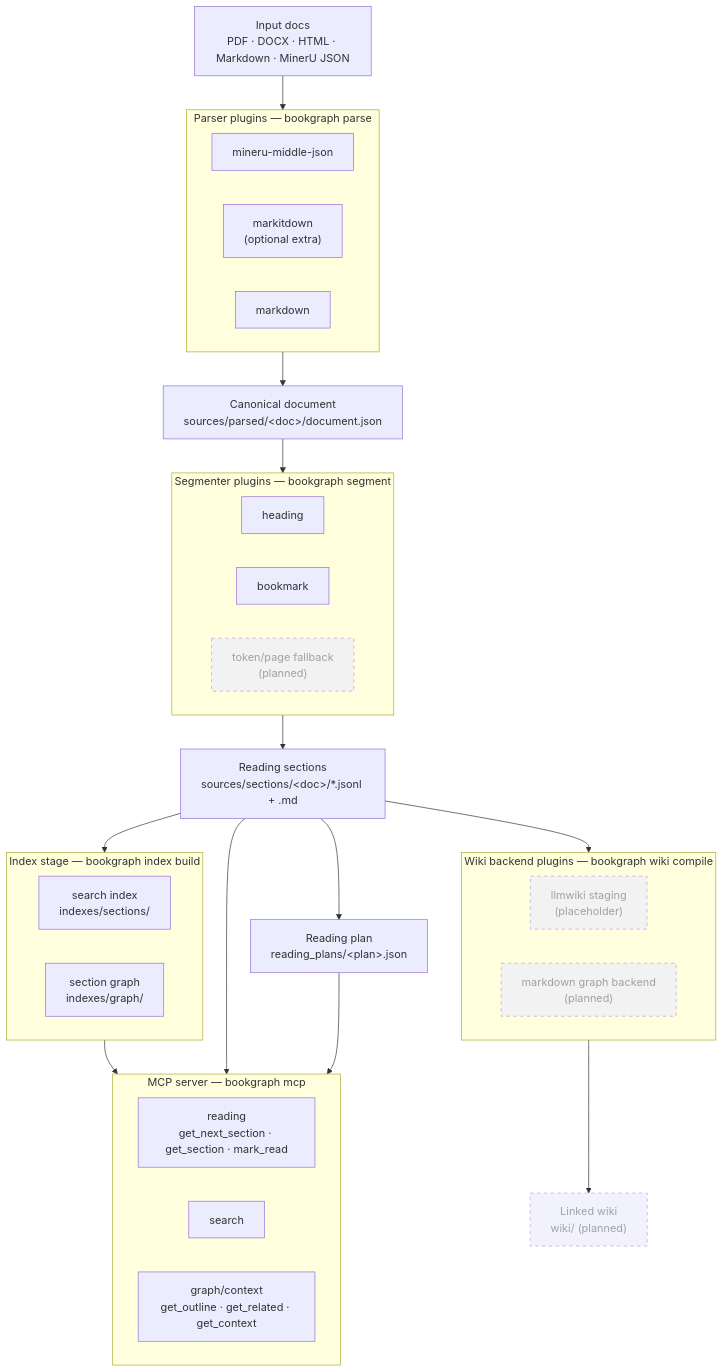
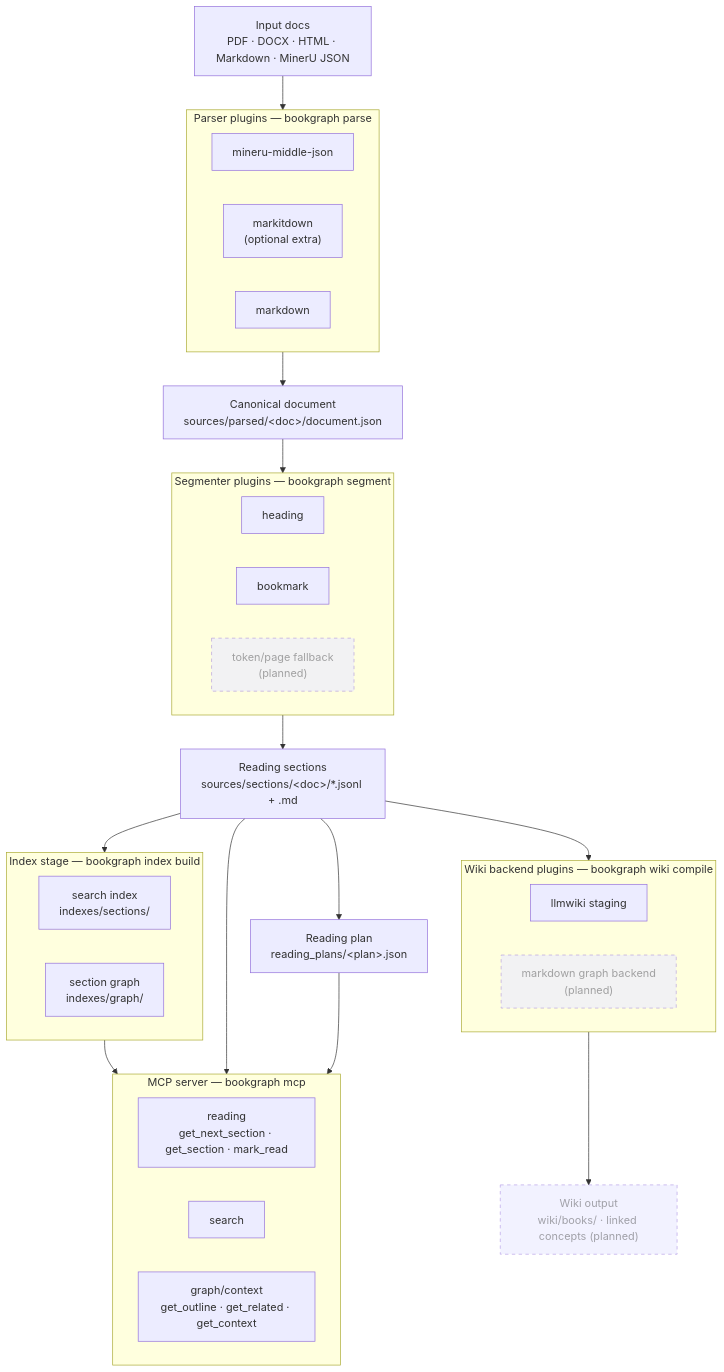
The diagram in README.md (chimeyrock999/bookgraph), drawn with Mermaid before and after one commit.

Commit message:
docs: mark llmwiki wiki compile as implemented in diagram (#14)
The architecture mermaid still dimmed the llmwiki backend as a
placeholder, but `bookgraph wiki compile` runs it for real (writes
wiki/books/<doc>/sections + index). Un-dim W1 and clarify the wiki
output node: books/ is written today; linked concepts/comparisons
remain planned. S3 (token/page fallback) and W2 (markdown graph
backend) stay dashed — neither is in the registry yet.

````diff
--- a/README.md
+++ b/README.md
@@ -16,56 +16,56 @@
 ```mermaid
 flowchart TD
     docs["Input docs<br/>PDF · DOCX · HTML · Markdown · MinerU JSON"]
 
     docs --> P
 
     subgraph P["Parser plugins — bookgraph parse"]
         direction LR
         P1["mineru-middle-json"]
         P2["markitdown<br/>(optional extra)"]
         P3["markdown"]
     end
 
     P --> DOC["Canonical document<br/>sources/parsed/&lt;doc&gt;/document.json"]
     DOC --> S
 
     subgraph S["Segmenter plugins — bookgraph segment"]
         direction LR
         S1["heading"]
         S2["bookmark"]
         S3["token/page fallback<br/>(planned)"]:::planned
     end
 
     S --> SEC["Reading sections<br/>sources/sections/&lt;doc&gt;/*.jsonl + .md"]
 
     SEC --> IDX
     SEC --> RP["Reading plan<br/>reading_plans/&lt;plan&gt;.json"]
     SEC --> W
 
     subgraph IDX["Index stage — bookgraph index build"]
         direction LR
         IDX1["search index<br/>indexes/sections/"]
         IDX2["section graph<br/>indexes/graph/"]
     end
 
     subgraph W["Wiki backend plugins — bookgraph wiki compile"]
         direction LR
-        W1["llmwiki staging<br/>(placeholder)"]:::planned
+        W1["llmwiki staging"]
         W2["markdown graph backend<br/>(planned)"]:::planned
     end
 
-    W --> WIKI["Linked wiki<br/>wiki/ (planned)"]:::planned
+    W --> WIKI["Wiki output<br/>wiki/books/ · linked concepts (planned)"]:::planned
 
     IDX --> MCP
     SEC --> MCP
     RP --> MCP
 
     subgraph MCP["MCP server — bookgraph mcp"]
         direction LR
         MCP1["reading<br/>get_next_section · get_section · mark_read"]
         MCP2["search"]
         MCP3["graph/context<br/>get_outline · get_related · get_context"]
     end
 
     classDef planned stroke-dasharray:5,opacity:0.65;
 ```
````
